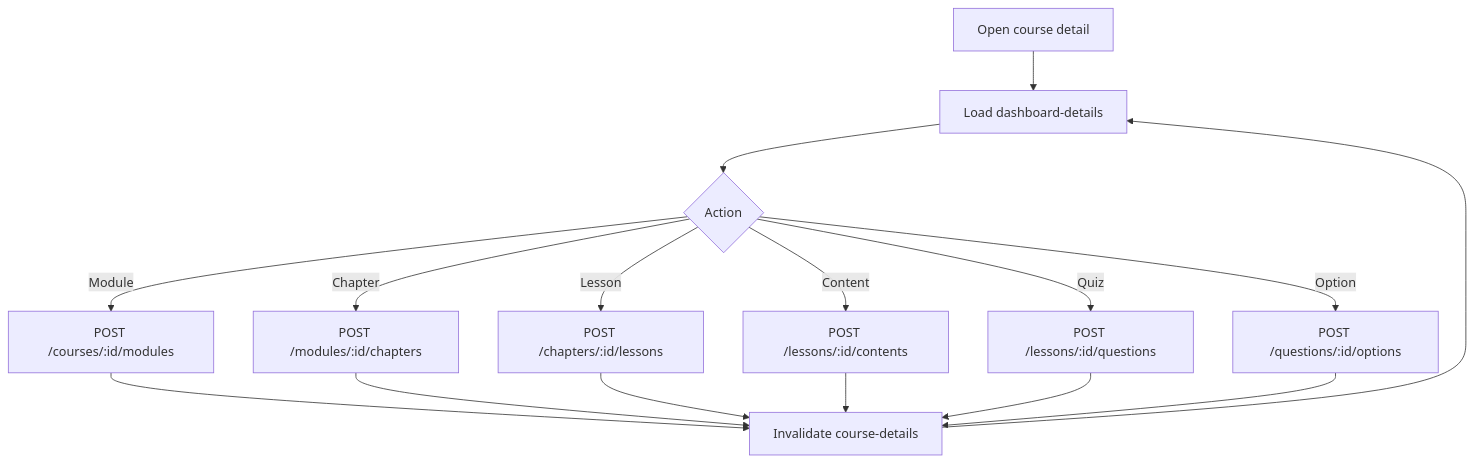
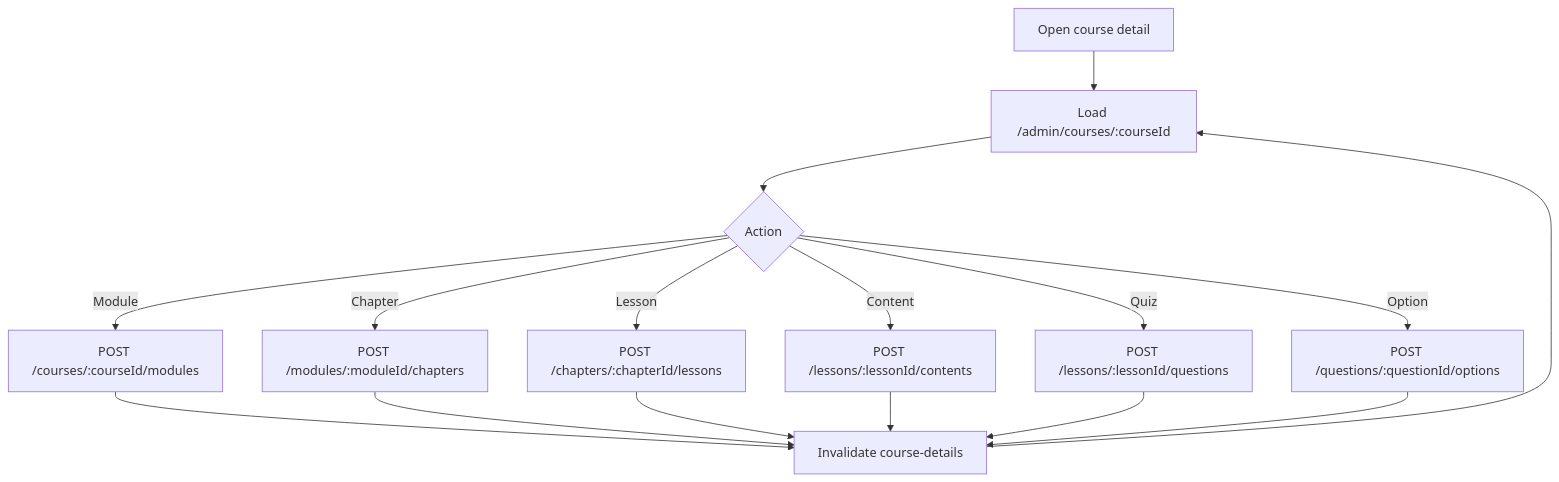
Before and after one commit to Rafy-Tho/LearnSphere: the ninth of 10 diagrams in docs/03-analysis/workflows.md, drawn with Mermaid. The commit also changed other lines of this file and 65 other files, not shown here.

````diff
--- a/docs/03-analysis/workflows.md
+++ b/docs/03-analysis/workflows.md
@@ -200,18 +200,18 @@
 ```mermaid
 flowchart TD
-  A[Open course detail] --> B[Load dashboard-details]
+  A[Open course detail] --> B[Load /admin/courses/:courseId]
   B --> C{Action}
-  C -->|Module| D[POST /courses/:id/modules]
-  C -->|Chapter| E[POST /modules/:id/chapters]
-  C -->|Lesson| F[POST /chapters/:id/lessons]
-  C -->|Content| G[POST /lessons/:id/contents]
-  C -->|Quiz| H[POST /lessons/:id/questions]
-  C -->|Option| I[POST /questions/:id/options]
+  C -->|Module| D[POST /courses/:courseId/modules]
+  C -->|Chapter| E[POST /modules/:moduleId/chapters]
+  C -->|Lesson| F[POST /chapters/:chapterId/lessons]
+  C -->|Content| G[POST /lessons/:lessonId/contents]
+  C -->|Quiz| H[POST /lessons/:lessonId/questions]
+  C -->|Option| I[POST /questions/:questionId/options]
   D --> J[Invalidate course-details]
   E --> J
   F --> J
   G --> J
   H --> J
   I --> J
   J --> B
 ```
````
